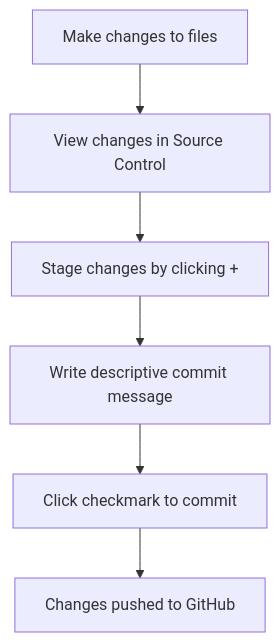
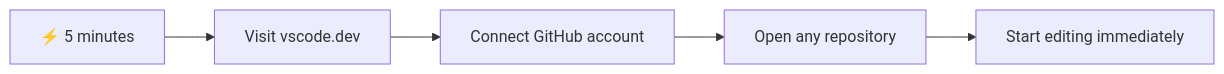
The first of 6 diagrams in translations/mr/8-code-editor/1-using-a-code-editor/README.md (microsoft/Web-Dev-For-Beginners), drawn with Mermaid before and after one commit. The commit also changed other lines of this file and 173 other files, not shown here.

````diff
--- a/translations/mr/8-code-editor/1-using-a-code-editor/README.md
+++ b/translations/mr/8-code-editor/1-using-a-code-editor/README.md
@@ -209,8 +22,7 @@
 ```mermaid
-flowchart TD
-    A[Make changes to files] --> B[View changes in Source Control]
-    B --> C[Stage changes by clicking +]
-    C --> D[Write descriptive commit message]
-    D --> E[Click checkmark to commit]
-    E --> F[Changes pushed to GitHub]
+flowchart LR
+    A[⚡ 5 minutes] --> B[Visit vscode.dev]
+    B --> C[Connect GitHub account]
+    C --> D[Open any repository]
+    D --> E[Start editing immediately]
 ```
````
